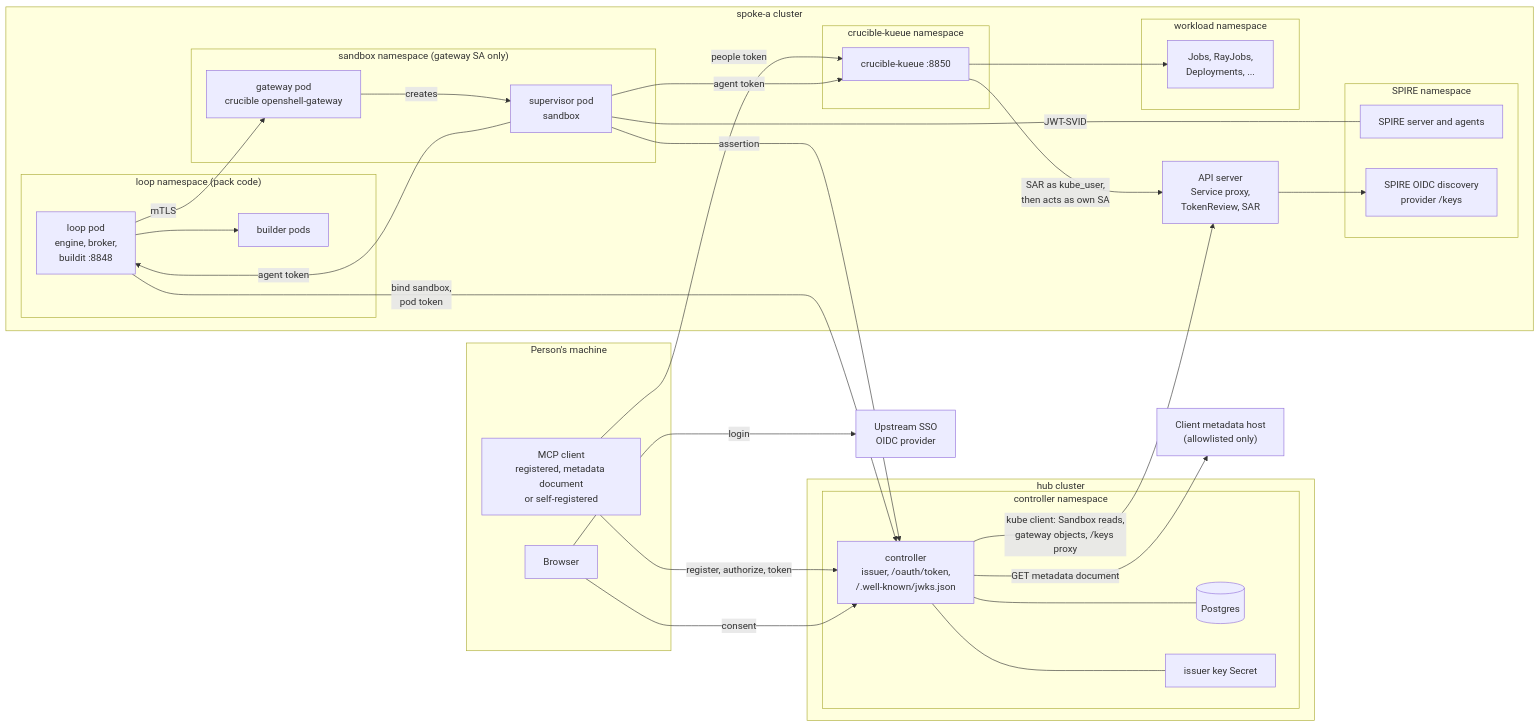
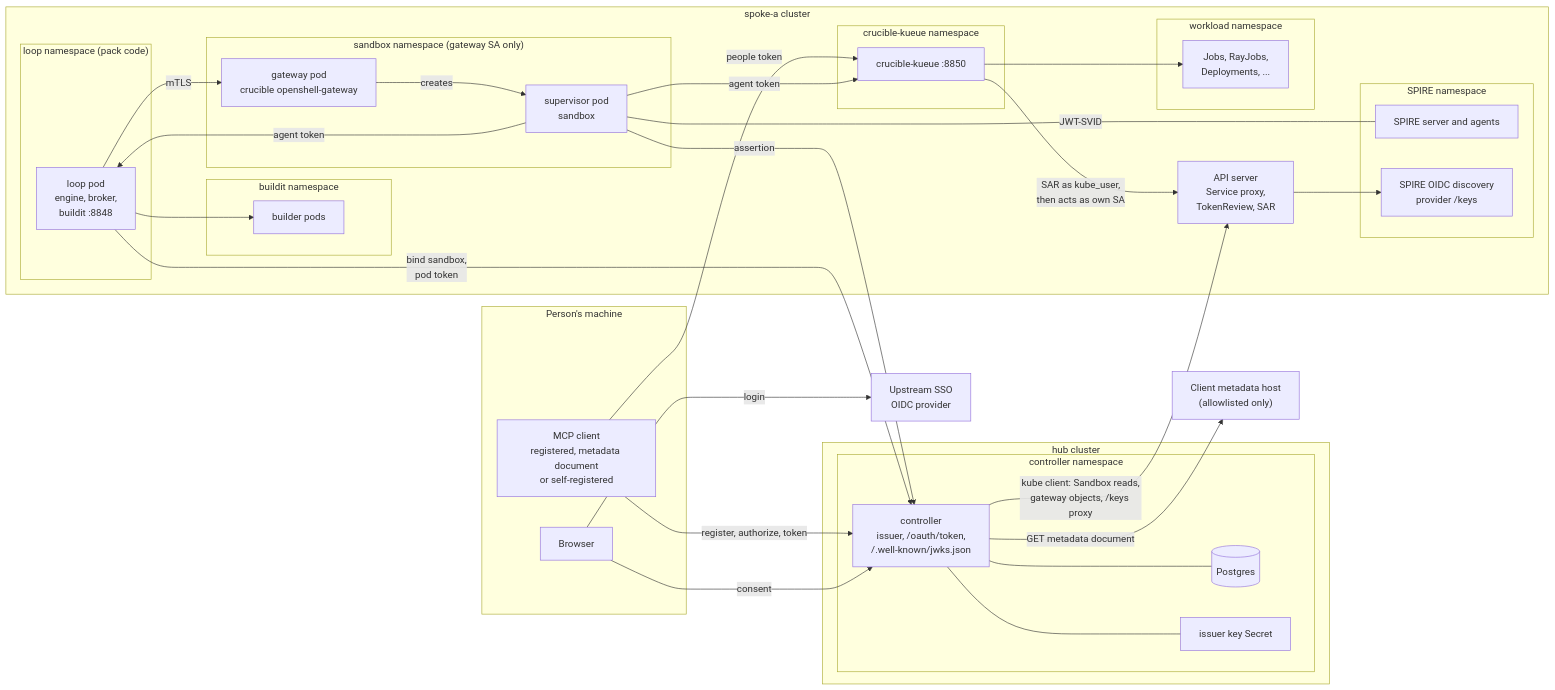
Before and after one commit to neuralmagic/crucible: the first of 12 diagrams in docs/agent-mcp-architecture.md, drawn with Mermaid. The commit also changed other lines of this file and 9 other files, not shown here.

First line of the commit message:
Run buildit's builder pods in a namespace of their own

````diff
--- a/docs/agent-mcp-architecture.md
+++ b/docs/agent-mcp-architecture.md
@@ -104,56 +104,58 @@
 ```mermaid
 flowchart LR
     subgraph Laptop["Person's machine"]
         MC["MCP client<br/>registered, metadata document<br/>or self-registered"]
         BR["Browser"]
     end
     SSO["Upstream SSO<br/>OIDC provider"]
     CIMD["Client metadata host<br/>(allowlisted only)"]
     subgraph HUB["hub cluster"]
         subgraph CTLNS["controller namespace"]
             CTL["controller<br/>issuer, /oauth/token,<br/>/.well-known/jwks.json"]
             PG[("Postgres")]
             KEY["issuer key Secret"]
         end
     end
     subgraph SPOKE["spoke-a cluster"]
         API["API server<br/>Service proxy,<br/>TokenReview, SAR"]
         subgraph SPIRENS["SPIRE namespace"]
             SPIRE["SPIRE server and agents"]
             OIDC["SPIRE OIDC discovery<br/>provider /keys"]
         end
         subgraph LOOPNS["loop namespace (pack code)"]
             LOOP["loop pod<br/>engine, broker,<br/>buildit :8848"]
+        end
+        subgraph BUILDNS["buildit namespace"]
             BUILDER["builder pods"]
         end
         subgraph SBXNS["sandbox namespace (gateway SA only)"]
             GW["gateway pod<br/>crucible openshell-gateway"]
             SUP["supervisor pod<br/>sandbox"]
         end
         subgraph KNS["crucible-kueue namespace"]
             KQ["crucible-kueue :8850"]
         end
         subgraph WNS["workload namespace"]
             WL["Jobs, RayJobs,<br/>Deployments, ..."]
         end
     end
     MC -- "people token" --> KQ
     MC -- "register, authorize, token" --> CTL
     BR -- "login" --> SSO
     BR -- "consent" --> CTL
     CTL --- PG
     CTL --- KEY
     CTL -- "GET metadata document" --> CIMD
     CTL -- "kube client: Sandbox reads,<br/>gateway objects, /keys proxy" --> API
     API --> OIDC
     LOOP -- "mTLS" --> GW
     GW -- "creates" --> SUP
     SUP -- "JWT-SVID" --- SPIRE
     SUP -- "assertion" --> CTL
     SUP -- "agent token" --> KQ
     SUP -- "agent token" --> LOOP
     LOOP -- "bind sandbox,<br/>pod token" --> CTL
     LOOP --> BUILDER
     KQ -- "SAR as kube_user,<br/>then acts as own SA" --> API
     KQ --> WL
 ```
````
